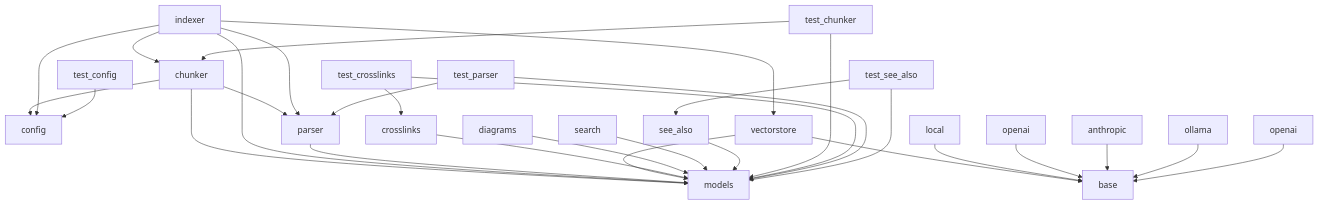
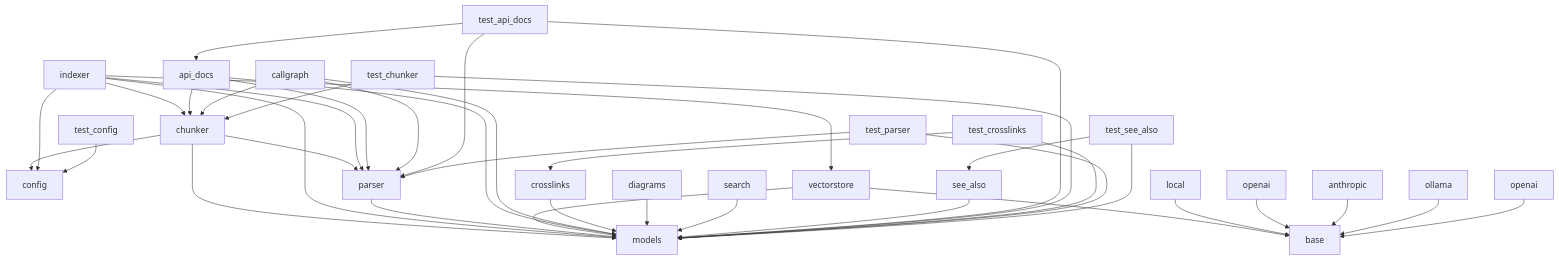
Before and after one commit to UrbanDiver/local-deepwiki-mcp: the diagram in .deepwiki/dependencies.md, drawn with Mermaid. The commit also changed other lines of this file and 31 other files, not shown here.

````diff
--- a/.deepwiki/dependencies.md
+++ b/.deepwiki/dependencies.md
@@ -78,53 +107,65 @@
 ```mermaid
 flowchart TD
     M0[config]
     M1[chunker]
     M2[indexer]
     M3[parser]
     M4[vectorstore]
-    M5[crosslinks]
-    M6[diagrams]
-    M7[search]
-    M8[see_also]
-    M9[models]
-    M10[base]
-    M11[local]
-    M12[openai]
-    M13[anthropic]
-    M14[ollama]
-    M15[openai]
-    M16[test_chunker]
-    M17[test_config]
-    M18[test_crosslinks]
-    M19[test_parser]
-    M20[test_see_also]
+    M5[api_docs]
+    M6[callgraph]
+    M7[crosslinks]
+    M8[diagrams]
+    M9[search]
+    M10[see_also]
+    M11[models]
+    M12[base]
+    M13[local]
+    M14[openai]
+    M15[anthropic]
+    M16[ollama]
+    M17[openai]
+    M18[test_api_docs]
+    M19[test_chunker]
+    M20[test_config]
+    M21[test_crosslinks]
+    M22[test_parser]
+    M23[test_see_also]
     M1 --> M0
     M1 --> M3
-    M1 --> M9
+    M1 --> M11
     M2 --> M0
     M2 --> M1
     M2 --> M3
     M2 --> M4
-    M2 --> M9
-    M3 --> M9
-    M4 --> M9
-    M4 --> M10
-    M5 --> M9
-    M6 --> M9
-    M7 --> M9
-    M8 --> M9
-    M11 --> M10
-    M12 --> M10
-    M13 --> M10
-    M14 --> M10
-    M15 --> M10
-    M16 --> M1
-    M16 --> M9
-    M17 --> M0
+    M2 --> M11
+    M3 --> M11
+    M4 --> M11
+    M4 --> M12
+    M5 --> M1
+    M5 --> M3
+    M5 --> M11
+    M6 --> M1
+    M6 --> M3
+    M6 --> M11
+    M7 --> M11
+    M8 --> M11
+    M9 --> M11
+    M10 --> M11
+    M13 --> M12
+    M14 --> M12
+    M15 --> M12
+    M16 --> M12
+    M17 --> M12
+    M18 --> M3
     M18 --> M5
-    M18 --> M9
-    M19 --> M3
-    M19 --> M9
-    M20 --> M8
-    M20 --> M9
+    M18 --> M11
+    M19 --> M1
+    M19 --> M11
+    M20 --> M0
+    M21 --> M7
+    M21 --> M11
+    M22 --> M3
+    M22 --> M11
+    M23 --> M10
+    M23 --> M11
 ```
````
